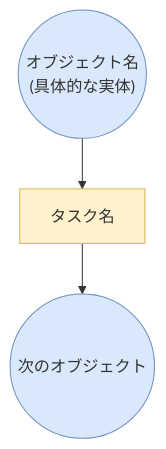
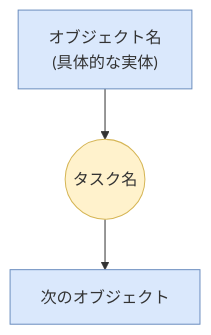
Before and after one commit to honokani/dot_claude: the diagram in skills/pfd/SKILL.md, drawn with Mermaid. The commit also changed other lines of this file and 3 other files, not shown here.

````diff
--- a/skills/pfd/SKILL.md
+++ b/skills/pfd/SKILL.md
@@ -155,12 +162,12 @@
 ```mermaid
 flowchart TD
-    O1(("オブジェクト名<br/>(具体的な実体)"))
-    T1["タスク名"]
-    O2(("次のオブジェクト"))
+    O1["オブジェクト名<br/>(具体的な実体)"]
+    T1(("タスク名"))
+    O2["次のオブジェクト"]
     O1 --> T1 --> O2
 
     classDef obj fill:#dae8fc,stroke:#6c8ebf
     classDef task fill:#fff2cc,stroke:#d6b656
     class O1,O2 obj
     class T1 task
 ```
````
